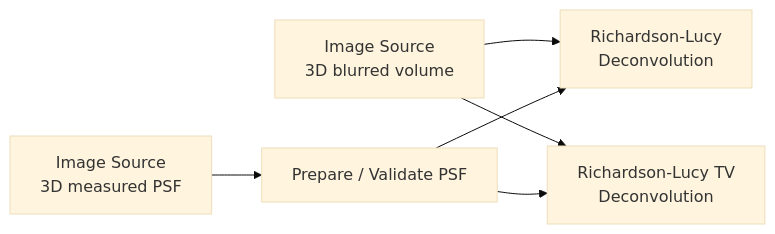
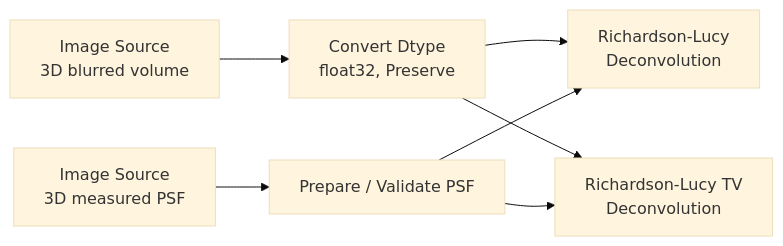
Before and after one commit to rensutheart/napari-vipp: the first of 2 diagrams in docs/user-guide.md, drawn with Mermaid (base theme). The commit also changed other lines of this file and 71 other files, not shown here.

````diff
--- a/docs/user-guide.md
+++ b/docs/user-guide.md
@@ -1119,14 +1138,16 @@
 ```mermaid
 flowchart LR
     image["Image Source<br/>3D blurred volume"]
     psf["Image Source<br/>3D measured PSF"]
     prep["Prepare / Validate PSF"]
+    convert["Convert Dtype<br/>float32, Preserve"]
     rl["Richardson-Lucy<br/>Deconvolution"]
     tv["Richardson-Lucy TV<br/>Deconvolution"]
 
     psf --> prep
-    image --> rl
+    image --> convert
+    convert --> rl
     prep --> rl
-    image --> tv
+    convert --> tv
     prep --> tv
 ```
````
